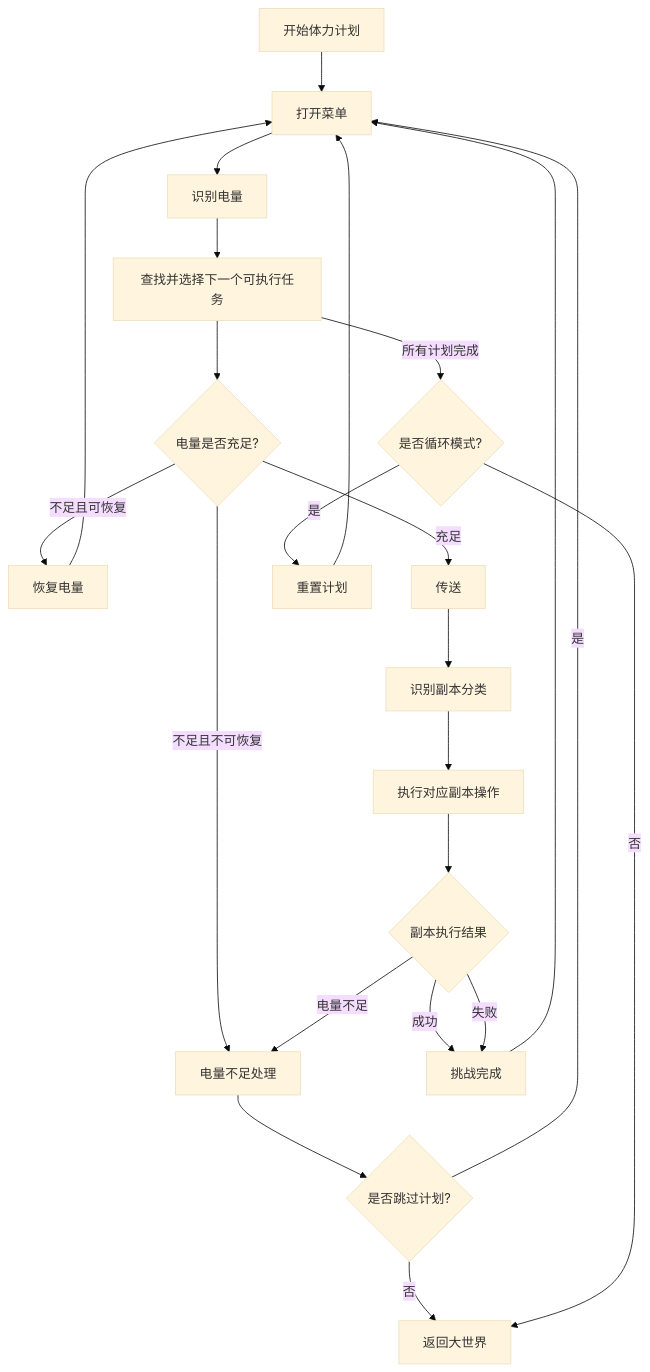
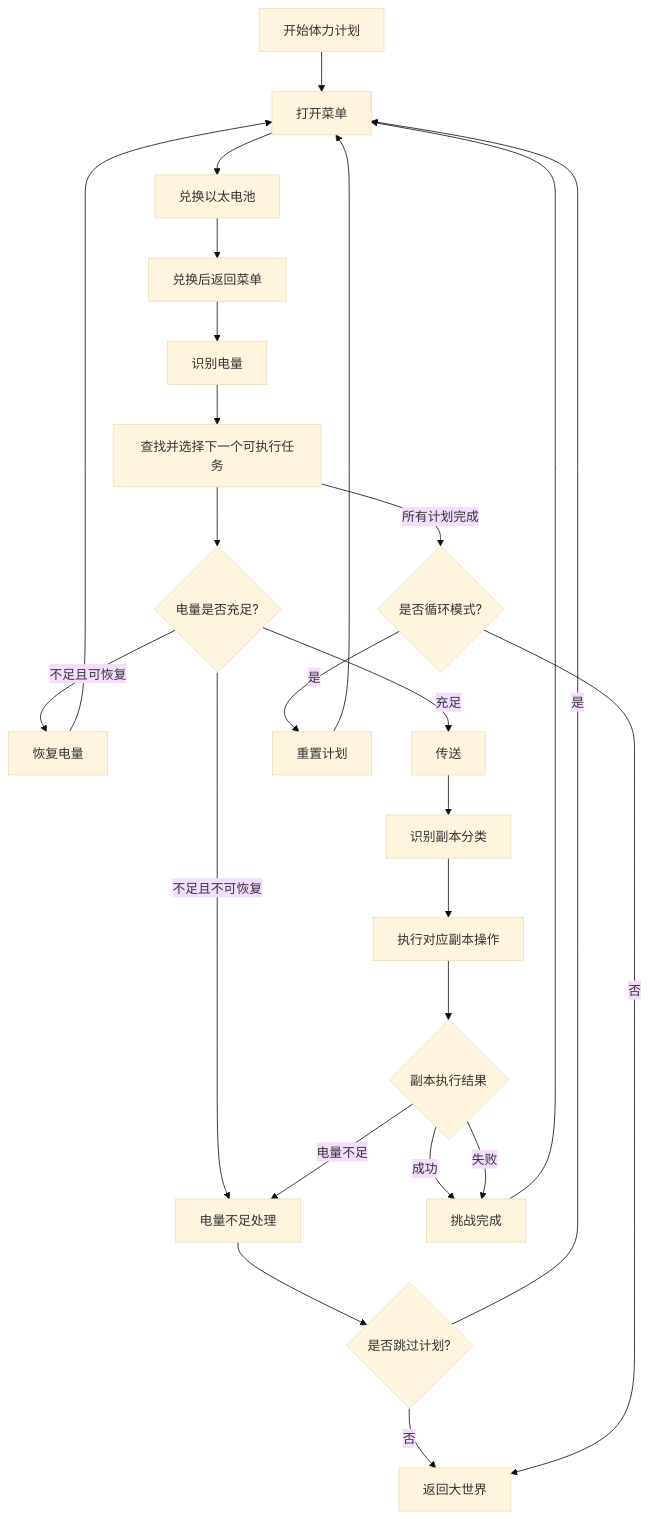
The diagram in docs/develop/zzz/application/charge_plan.md (OneDragon-Anything/ZenlessZoneZero-OneDragon), drawn with Mermaid (base theme) before and after one commit. The commit also changed other lines of this file and 10 other files, not shown here.

````diff
--- a/docs/develop/zzz/application/charge_plan.md
+++ b/docs/develop/zzz/application/charge_plan.md
@@ -169,24 +203,26 @@
 ```mermaid
 graph TD
     A["开始体力计划"] --> B["打开菜单"]
-    B --> C["识别电量"]
+    B --> Q["兑换以太电池"]
+    Q --> R["兑换后返回菜单"]
+    R --> C["识别电量"]
     C --> D["查找并选择下一个可执行任务"]
     D --> E{"电量是否充足?"}
     E -->|不足且可恢复| F["恢复电量"]
     E -->|不足且不可恢复| G["电量不足处理"]
     E -->|充足| H["传送"]
     F --> B
     G --> I{"是否跳过计划?"}
     I -->|是| B
     I -->|否| J["返回大世界"]
     H --> K["识别副本分类"]
     K --> L["执行对应副本操作"]
     L --> M{"副本执行结果"}
     M -->|成功| N["挑战完成"]
     M -->|电量不足| G
     M -->|失败| N
     N --> B
     D -->|所有计划完成| O{"是否循环模式?"}
     O -->|是| P["重置计划"] --> B
     O -->|否| J
 ```
````
